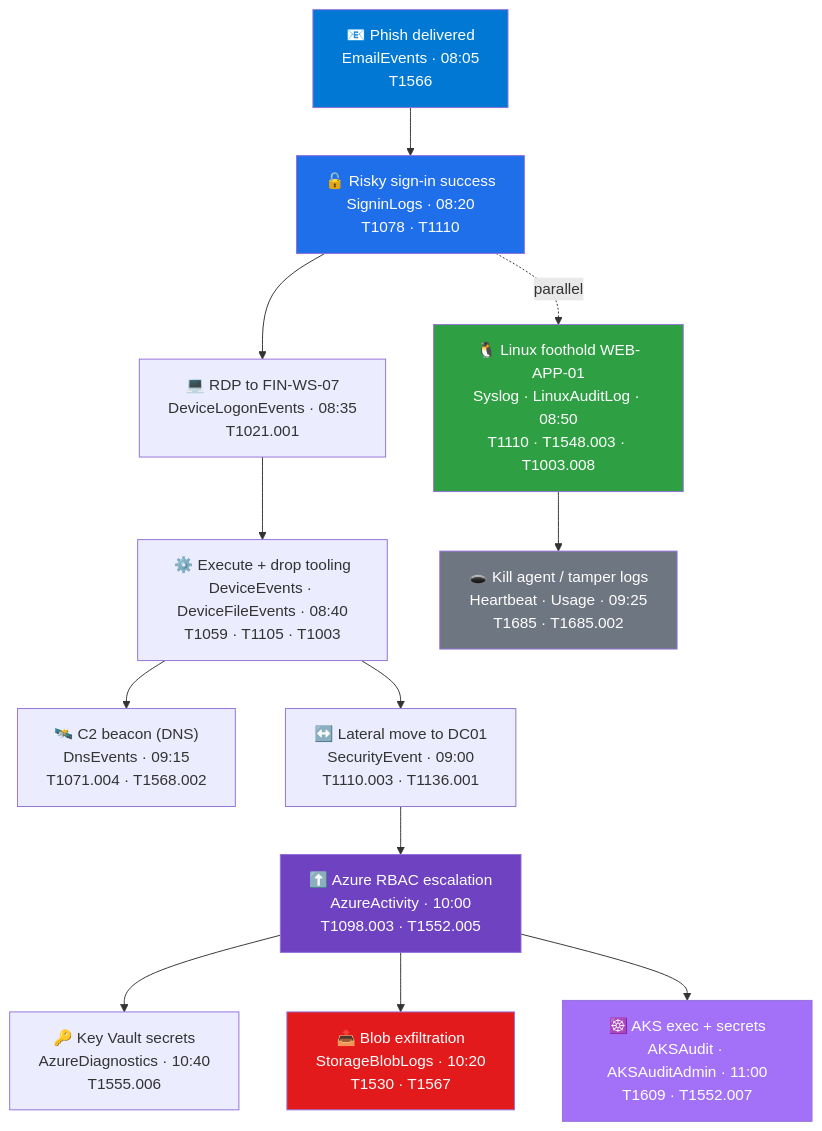
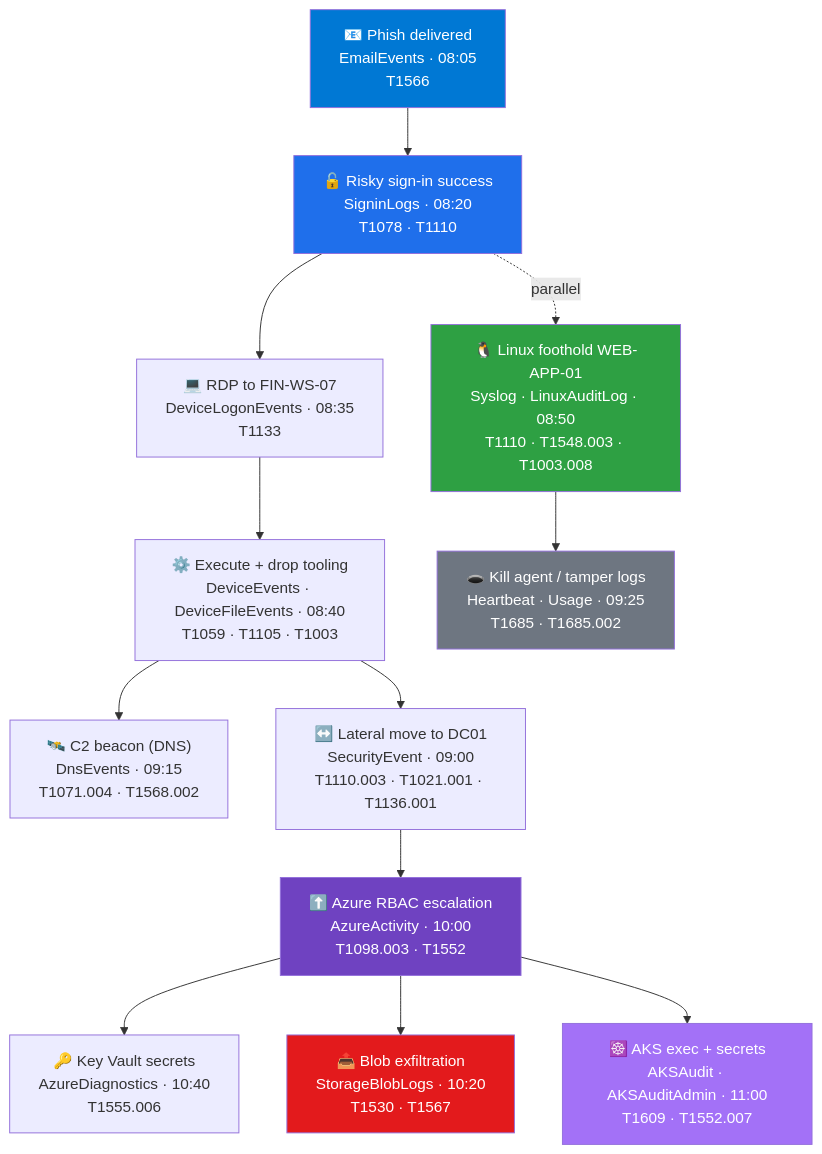
The diagram in sentinel/tables/scenarios/operation-quiet-ledger/README.md (iamkaushiksaha/azure-security), drawn with Mermaid before and after one commit. The commit also changed other lines of this file and 42 other files, not shown here.

````diff
--- a/sentinel/tables/scenarios/operation-quiet-ledger/README.md
+++ b/sentinel/tables/scenarios/operation-quiet-ledger/README.md
@@ -16,22 +16,22 @@
 ```mermaid
 flowchart TD
     P["📧 Phish delivered<br/>EmailEvents · 08:05<br/>T1566"] --> S["🔓 Risky sign-in success<br/>SigninLogs · 08:20<br/>T1078 · T1110"]
-    S --> L["💻 RDP to FIN-WS-07<br/>DeviceLogonEvents · 08:35<br/>T1021.001"]
+    S --> L["💻 RDP to FIN-WS-07<br/>DeviceLogonEvents · 08:35<br/>T1133"]
     L --> X["⚙️ Execute + drop tooling<br/>DeviceEvents · DeviceFileEvents · 08:40<br/>T1059 · T1105 · T1003"]
     X --> C["🛰️ C2 beacon (DNS)<br/>DnsEvents · 09:15<br/>T1071.004 · T1568.002"]
-    X --> M["↔️ Lateral move to DC01<br/>SecurityEvent · 09:00<br/>T1110.003 · T1136.001"]
-    M --> PE["⬆️ Azure RBAC escalation<br/>AzureActivity · 10:00<br/>T1098.003 · T1552.005"]
+    X --> M["↔️ Lateral move to DC01<br/>SecurityEvent · 09:00<br/>T1110.003 · T1021.001 · T1136.001"]
+    M --> PE["⬆️ Azure RBAC escalation<br/>AzureActivity · 10:00<br/>T1098.003 · T1552"]
     PE --> KV["🔑 Key Vault secrets<br/>AzureDiagnostics · 10:40<br/>T1555.006"]
     PE --> EX["📤 Blob exfiltration<br/>StorageBlobLogs · 10:20<br/>T1530 · T1567"]
     PE --> K8["☸️ AKS exec + secrets<br/>AKSAudit · AKSAuditAdmin · 11:00<br/>T1609 · T1552.007"]
     S -.parallel.-> LIN["🐧 Linux foothold WEB-APP-01<br/>Syslog · LinuxAuditLog · 08:50<br/>T1110 · T1548.003 · T1003.008"]
     LIN --> EVA["🕳️ Kill agent / tamper logs<br/>Heartbeat · Usage · 09:25<br/>T1685 · T1685.002"]
 
     style P fill:#0078D4,color:#fff
     style S fill:#1f6feb,color:#fff
     style PE fill:#6f42c1,color:#fff
     style EX fill:#e31a1c,color:#fff
     style K8 fill:#a371f7,color:#fff
     style EVA fill:#6e7681,color:#fff
     style LIN fill:#2ea043,color:#fff
 ```
````
